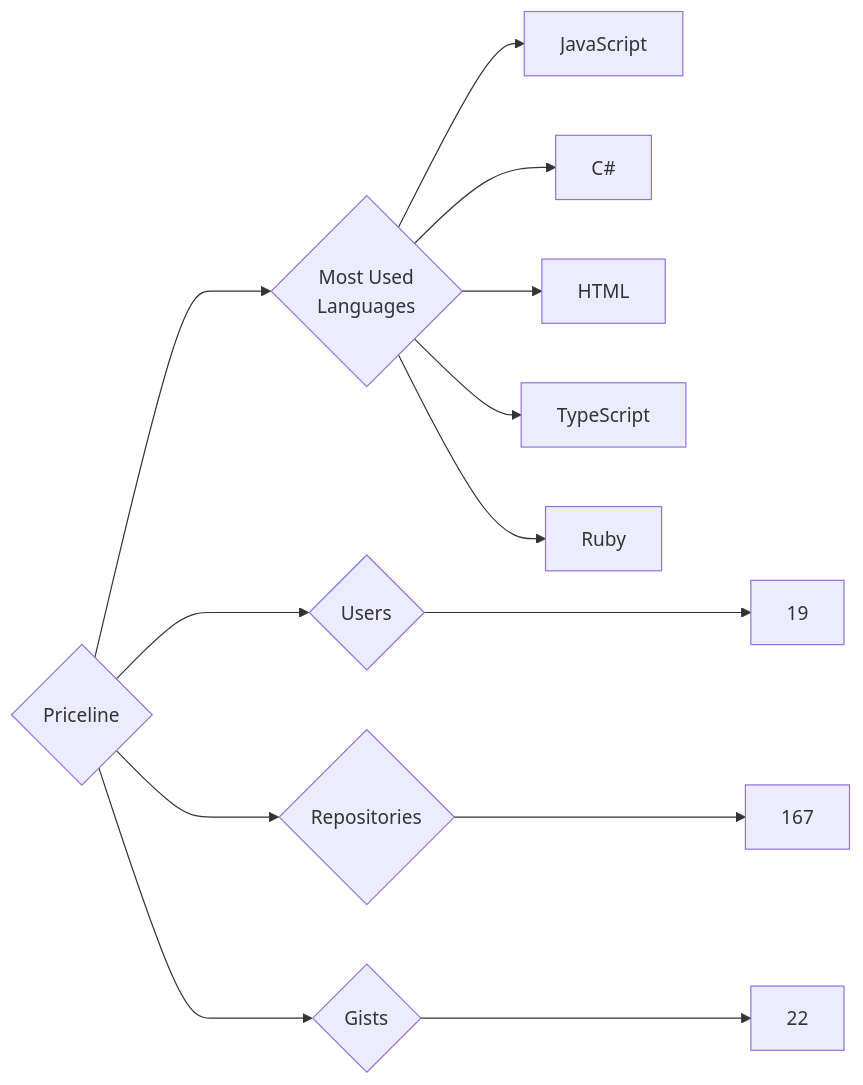
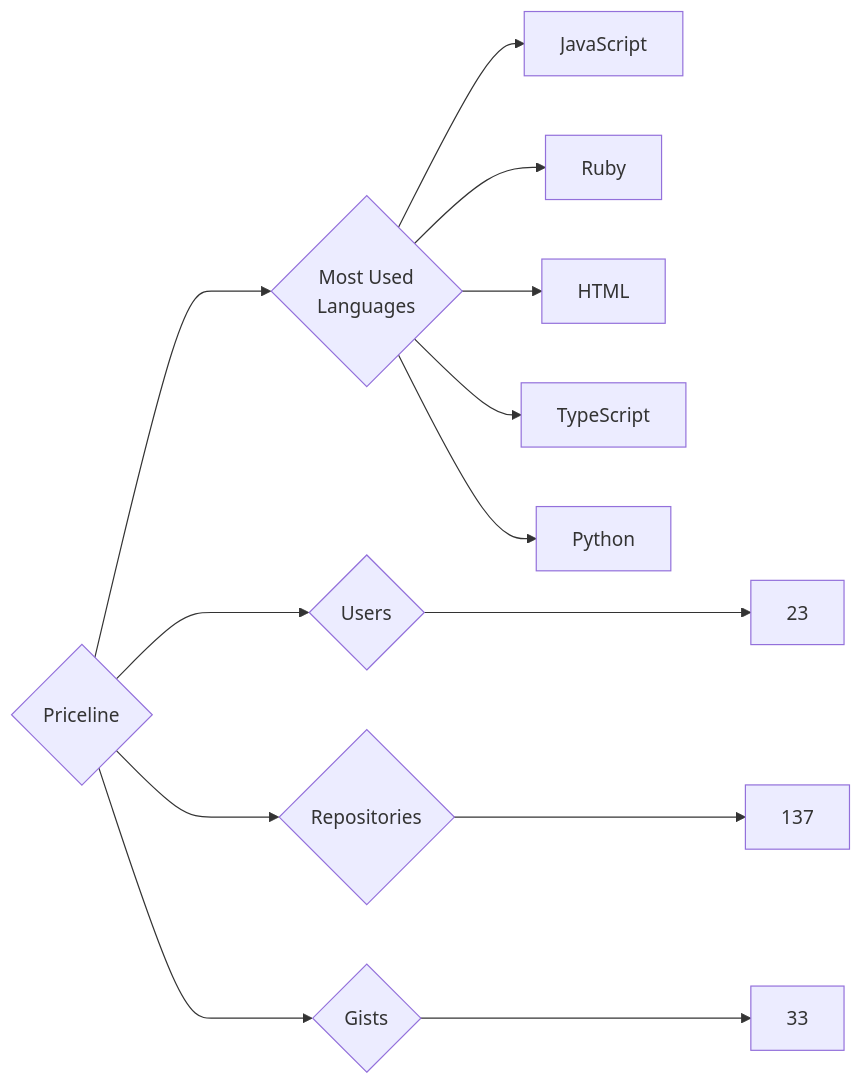
One commit to trickest/insiders changed the diagram in targets/Priceline/README.md. Above: the diagram before and after it, drawn with Mermaid. The commit also changed 920 other files, not shown here.

````diff
--- a/targets/Priceline/README.md
+++ b/targets/Priceline/README.md
@@ -3,13 +3,13 @@
 ```mermaid
 graph LR
 COMPANY_NAME{Priceline}
-COMPANY_NAME ---> U{Users} ---> UN[19]
-COMPANY_NAME ---> R{Repositories} ---> RN[167]
-COMPANY_NAME ---> G{Gists} ---> GN[22]
+COMPANY_NAME ---> U{Users} ---> UN[23]
+COMPANY_NAME ---> R{Repositories} ---> RN[137]
+COMPANY_NAME ---> G{Gists} ---> GN[33]
 COMPANY_NAME ---> ML{Most Used<br>Languages}
 ML --> JavaScript[JavaScript]
-ML --> C#[C#]
+ML --> Ruby[Ruby]
 ML --> HTML[HTML]
 ML --> TypeScript[TypeScript]
-ML --> Ruby[Ruby]
+ML --> Python[Python]
 ```
````
